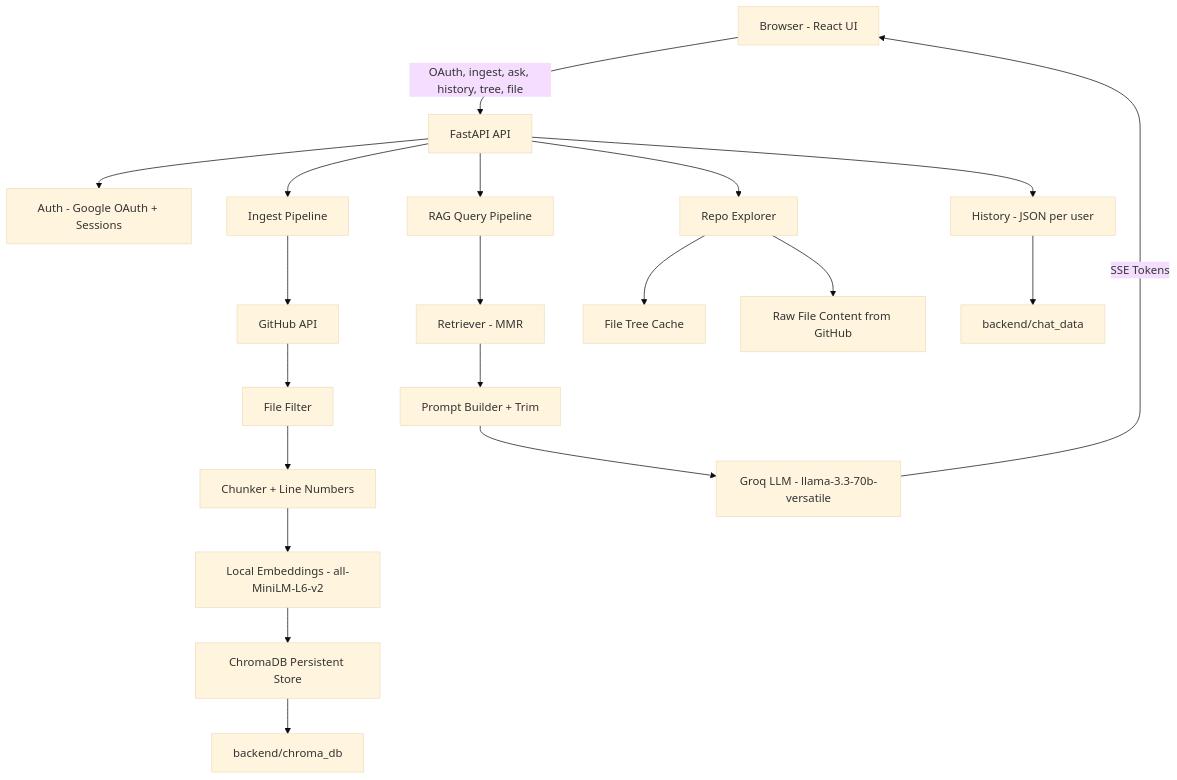
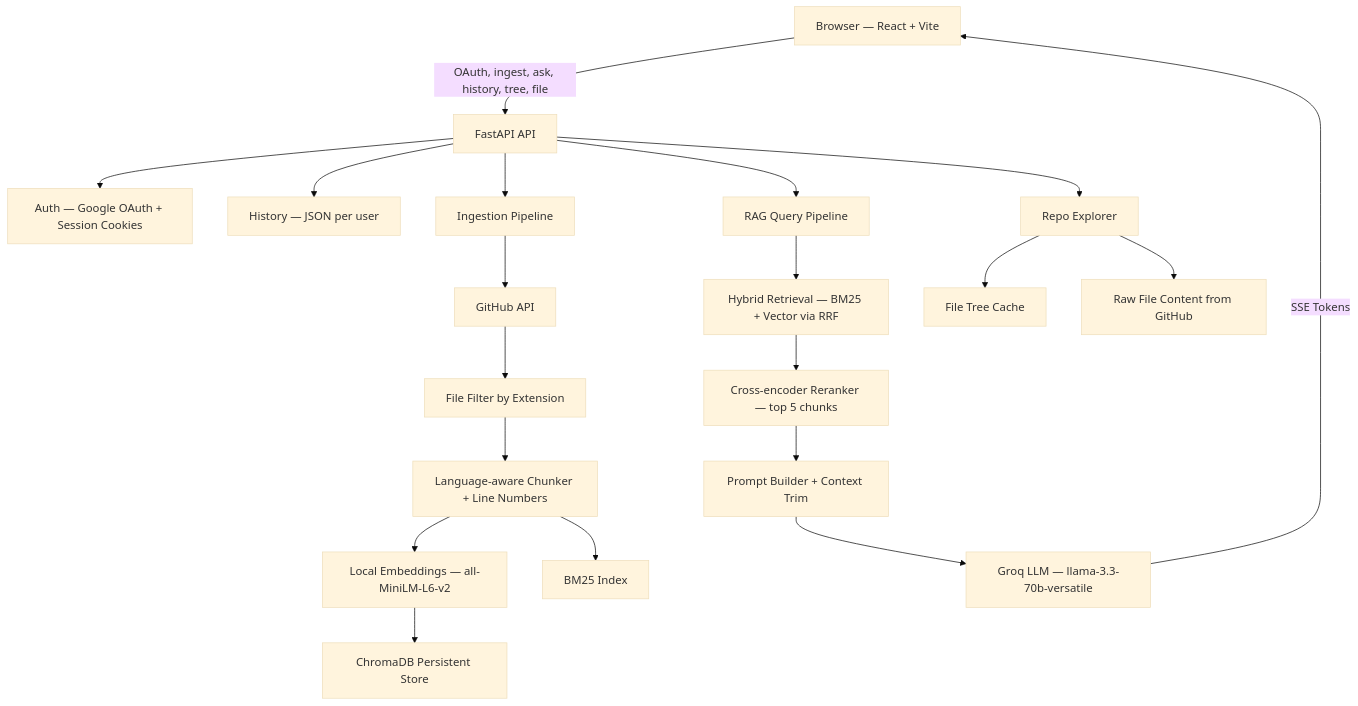
One commit to pranavjhaprof/github-RAG-assistant-backend changed the diagram in README.md. Above: the diagram before and after it, drawn with Mermaid (base theme). The commit also changed other lines of this file, not shown here.

Commit message:
update README with hybrid RAG architecture and RAGAS eval

````diff
--- a/README.md
+++ b/README.md
@@ -33,26 +43,25 @@
 ```mermaid
 flowchart TB
-  A[Browser - React UI] -->|OAuth, ingest, ask, history, tree, file| B[FastAPI API]
-  B --> C[Auth - Google OAuth + Sessions]
-  B --> D[History - JSON per user]
-  B --> E[Ingest Pipeline]
+  A[Browser — React + Vite] -->|OAuth, ingest, ask, history, tree, file| B[FastAPI API]
+  B --> C[Auth — Google OAuth + Session Cookies]
+  B --> D[History — JSON per user]
+  B --> E[Ingestion Pipeline]
   B --> F[RAG Query Pipeline]
   B --> G[Repo Explorer]
 
   E --> E1[GitHub API]
-  E1 --> E2[File Filter]
-  E2 --> E3[Chunker + Line Numbers]
-  E3 --> E4[Local Embeddings - all-MiniLM-L6-v2]
+  E1 --> E2[File Filter by Extension]
+  E2 --> E3[Language-aware Chunker + Line Numbers]
+  E3 --> E4[Local Embeddings — all-MiniLM-L6-v2]
   E4 --> E5[ChromaDB Persistent Store]
+  E3 --> E6[BM25 Index]
 
-  F --> F1[Retriever - MMR]
-  F1 --> F2[Prompt Builder + Trim]
-  F2 --> F3[Groq LLM - llama-3.3-70b-versatile]
-  F3 -->|SSE Tokens| A
+  F --> F1[Hybrid Retrieval — BM25 + Vector via RRF]
+  F1 --> F2[Cross-encoder Reranker — top 5 chunks]
+  F2 --> F3[Prompt Builder + Context Trim]
+  F3 --> F4[Groq LLM — llama-3.3-70b-versatile]
+  F4 -->|SSE Tokens| A
 
   G --> G1[File Tree Cache]
   G --> G2[Raw File Content from GitHub]
-
-  D --> S1[backend/chat_data]
-  E5 --> S2[backend/chroma_db]
 ```
````
